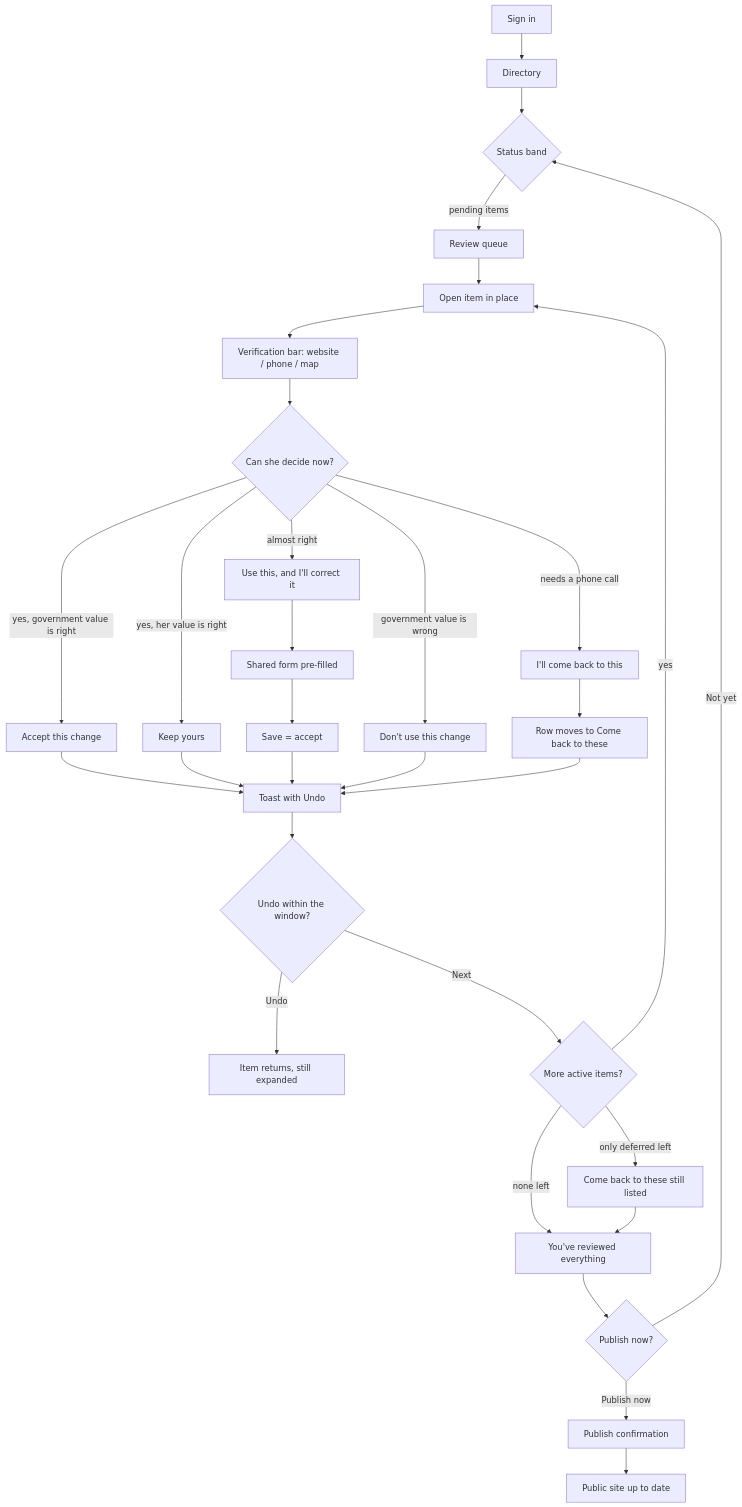
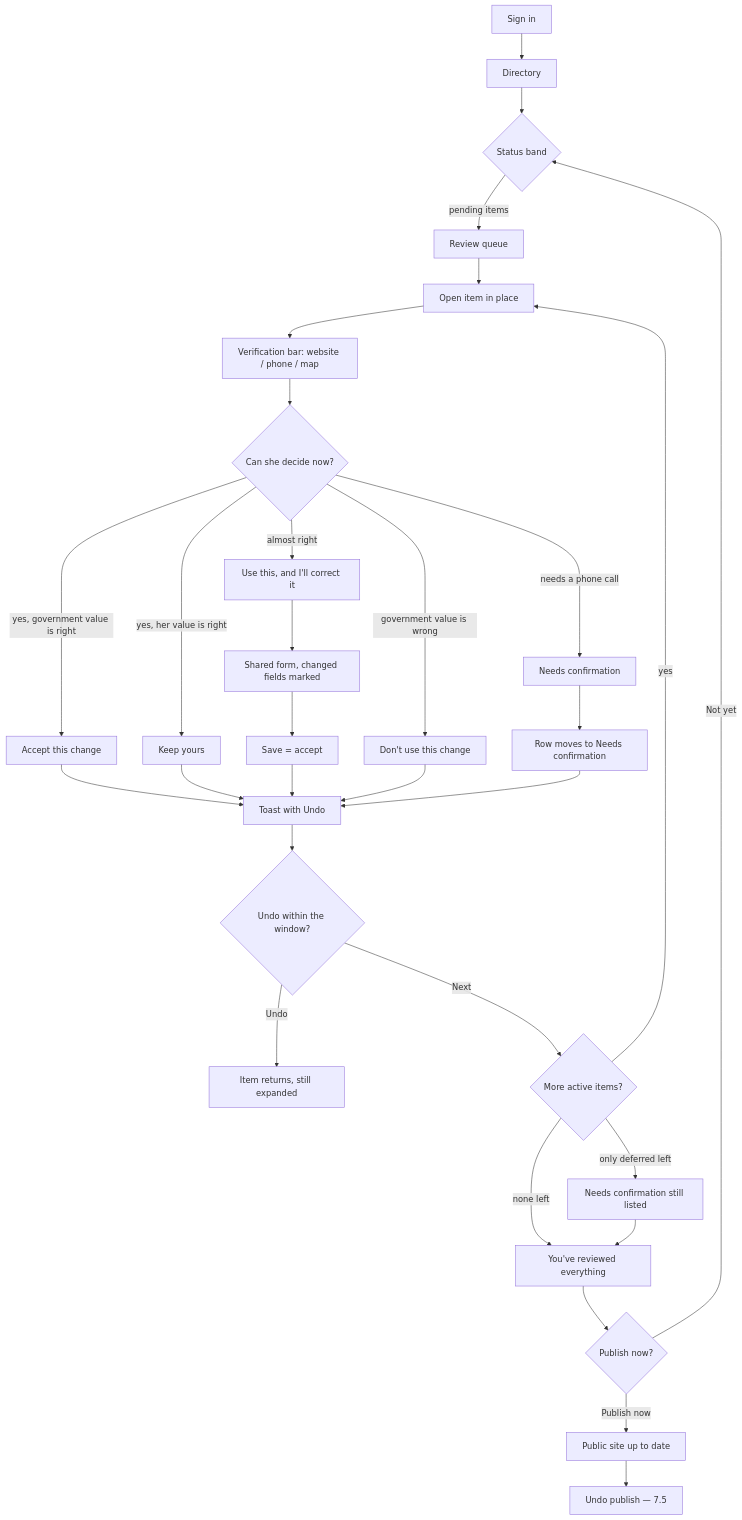
One commit to irab/porirua-locality-preview changed the first of 4 diagrams in docs/design/editor-interface-design.md. Above: the diagram before and after it, drawn with Mermaid. The commit also changed other lines of this file and 2 other files, not shown here.

First line of the commit message:
Record the five accepted editor interface decisions and the Undo publish design.

````diff
--- a/docs/design/editor-interface-design.md
+++ b/docs/design/editor-interface-design.md
@@ -385,30 +377,30 @@
 ```mermaid
 flowchart TD
   signin[Sign in] --> land[Directory]
   land --> band{Status band}
   band -->|pending items| queue[Review queue]
   queue --> open[Open item in place]
   open --> verify[Verification bar: website / phone / map]
   verify --> decide{Can she decide now?}
   decide -->|yes, government value is right| accept[Accept this change]
   decide -->|yes, her value is right| keep[Keep yours]
   decide -->|almost right| correct[Use this, and I'll correct it]
   decide -->|government value is wrong| decline[Don't use this change]
-  decide -->|needs a phone call| defer[I'll come back to this]
+  decide -->|needs a phone call| defer[Needs confirmation]
   accept --> toast[Toast with Undo]
   keep --> toast
-  correct --> form[Shared form pre-filled] --> saveAccept[Save = accept] --> toast
+  correct --> form[Shared form, changed fields marked] --> saveAccept[Save = accept] --> toast
   decline --> toast
-  defer --> deferred[Row moves to Come back to these] --> toast
+  defer --> deferred[Row moves to Needs confirmation] --> toast
   toast --> undo{Undo within the window?}
   undo -->|Undo| restore[Item returns, still expanded]
   undo -->|Next| next{More active items?}
   next -->|yes| open
-  next -->|only deferred left| later[Come back to these still listed]
+  next -->|only deferred left| later[Needs confirmation still listed]
   next -->|none left| finish[You've reviewed everything]
   later --> finish
   finish --> pub{Publish now?}
-  pub -->|Publish now| confirm[Publish confirmation]
+  pub -->|Publish now| live[Public site up to date]
   pub -->|Not yet| band
-  confirm --> done[Public site up to date]
+  live --> undoPub[Undo publish — 7.5]
 ```
````
